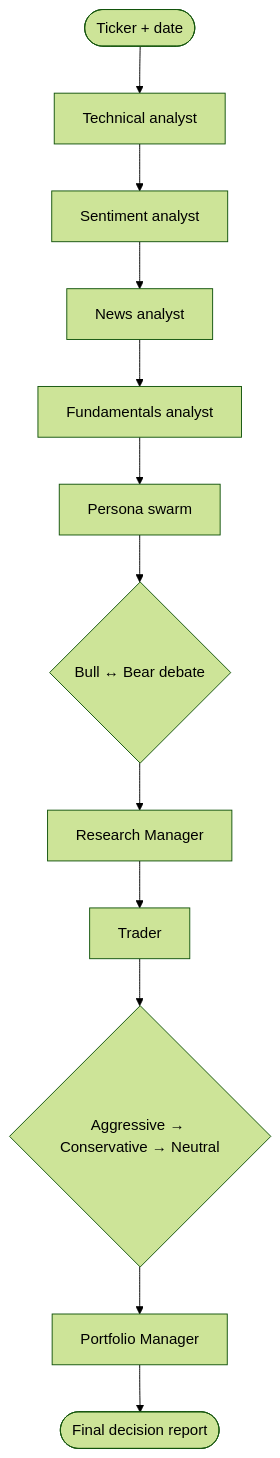
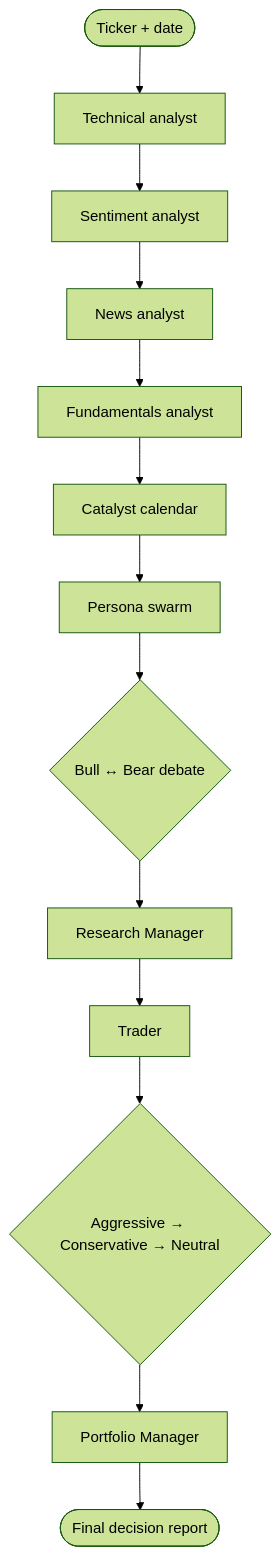
The diagram in .agents/skills/trading-swarm/references/workflow.md (spsaucier/stock-swarm-plugin), drawn with Mermaid (forest theme) before and after one commit. The commit also changed other lines of this file and 20 other files, not shown here.

First line of the commit message:
feat(skills): add catalyst-calendar utility and update README

````diff
--- a/.agents/skills/trading-swarm/references/workflow.md
+++ b/.agents/skills/trading-swarm/references/workflow.md
@@ -5,14 +5,15 @@
 ```mermaid
 flowchart TD
   START([Ticker + date]) --> A1[Technical analyst]
   A1 --> A2[Sentiment analyst]
   A2 --> A3[News analyst]
   A3 --> A4[Fundamentals analyst]
-  A4 --> PS[Persona swarm]
+  A4 --> CC[Catalyst calendar]
+  CC --> PS[Persona swarm]
   PS --> DEBATE{Bull ↔ Bear debate}
   DEBATE --> RM[Research Manager]
   RM --> TR[Trader]
   TR --> RISK{Aggressive → Conservative → Neutral}
   RISK --> PM[Portfolio Manager]
   PM --> END([Final decision report])
 ```
````
